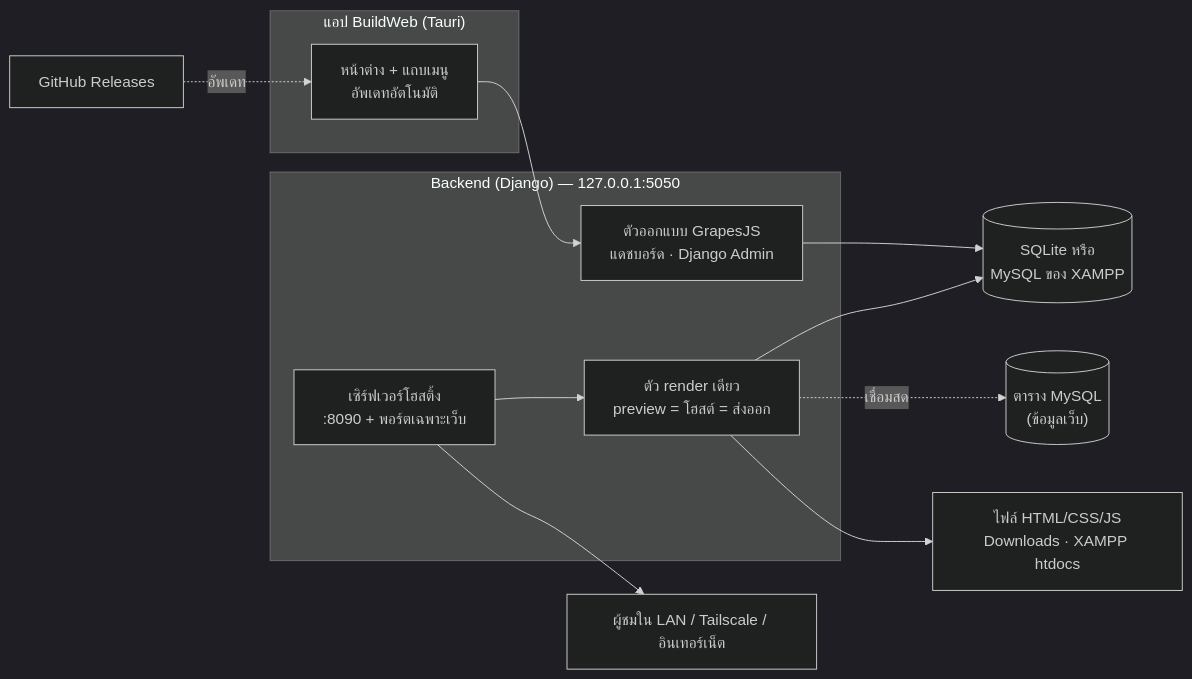
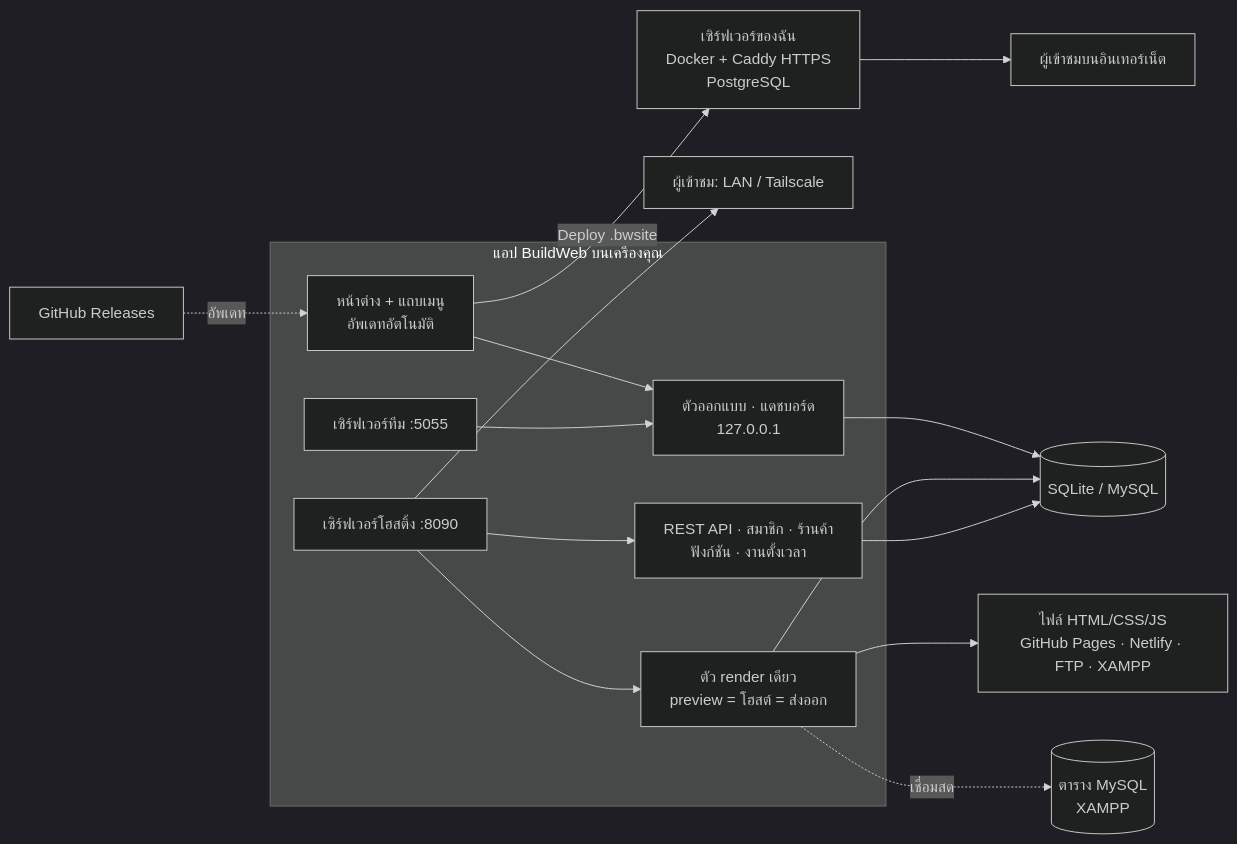
The diagram in README.md (AImunich20/BuildWeb), drawn with Mermaid (dark theme) before and after one commit. The commit also changed other lines of this file and 4 other files, not shown here.

Commit message:
v0.7.1: detailed app-style README (downloads, feature overview, 11 feature sections, recipes, API/auth/shop/function/webhook/server reference, FAQ); macOS builds on macos-latest

````diff
--- a/README.md
+++ b/README.md
@@ -298,21 +486,24 @@
 ```mermaid
 flowchart LR
-  subgraph App["แอป BuildWeb (Tauri)"]
+  subgraph App["แอป BuildWeb บนเครื่องคุณ"]
     W["หน้าต่าง + แถบเมนู<br/>อัพเดทอัตโนมัติ"]
+    E["ตัวออกแบบ · แดชบอร์ด<br/>127.0.0.1"]
+    R["ตัว render เดียว<br/>preview = โฮสต์ = ส่งออก"]
+    API["REST API · สมาชิก · ร้านค้า<br/>ฟังก์ชัน · งานตั้งเวลา"]
+    H["เซิร์ฟเวอร์โฮสติ้ง :8090"]
+    T["เซิร์ฟเวอร์ทีม :5055"]
   end
-  subgraph Backend["Backend (Django) — 127.0.0.1:5050"]
-    E["ตัวออกแบบ GrapesJS<br/>แดชบอร์ด · Django Admin"]
-    R["ตัว render เดียว<br/>preview = โฮสต์ = ส่งออก"]
-    H["เซิร์ฟเวอร์โฮสติ้ง<br/>:8090 + พอร์ตเฉพาะเว็บ"]
-  end
-  DB[("SQLite หรือ<br/>MySQL ของ XAMPP")]
-  X[("ตาราง MySQL<br/>(ข้อมูลเว็บ)")]
-  W --> E
-  E --> DB
+  DB[("SQLite / MySQL")]
+  X[("ตาราง MySQL<br/>XAMPP")]
+  W --> E --> DB
   R --> DB
+  API --> DB
   R -. เชื่อมสด .-> X
-  H --> R
-  H --> V["ผู้ชมใน LAN / Tailscale / อินเทอร์เน็ต"]
-  R --> F["ไฟล์ HTML/CSS/JS<br/>Downloads · XAMPP htdocs"]
+  H --> R & API
+  H --> V["ผู้เข้าชม: LAN / Tailscale"]
+  T --> E
+  R --> F["ไฟล์ HTML/CSS/JS<br/>GitHub Pages · Netlify · FTP · XAMPP"]
+  W -- Deploy .bwsite --> S["เซิร์ฟเวอร์ของฉัน<br/>Docker + Caddy HTTPS<br/>PostgreSQL"]
+  S --> P["ผู้เข้าชมบนอินเทอร์เน็ต"]
   GH["GitHub Releases"] -. อัพเดท .-> W
 ```
````
